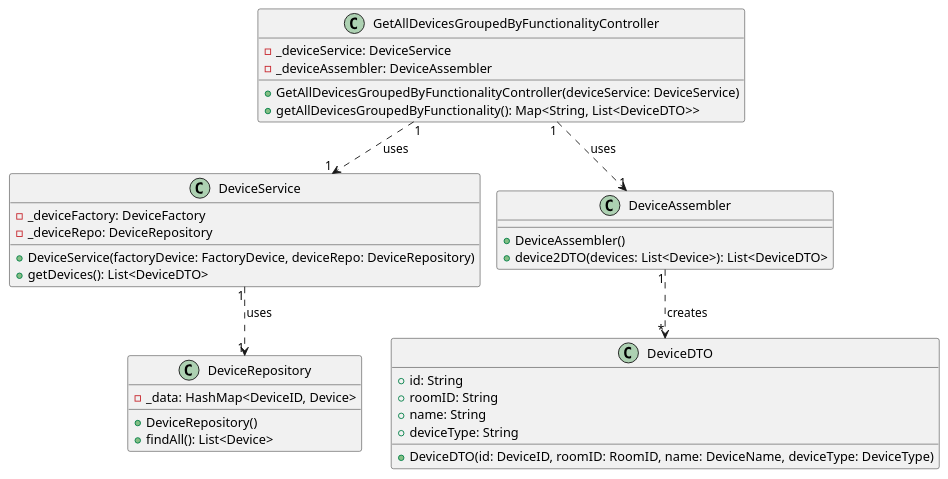
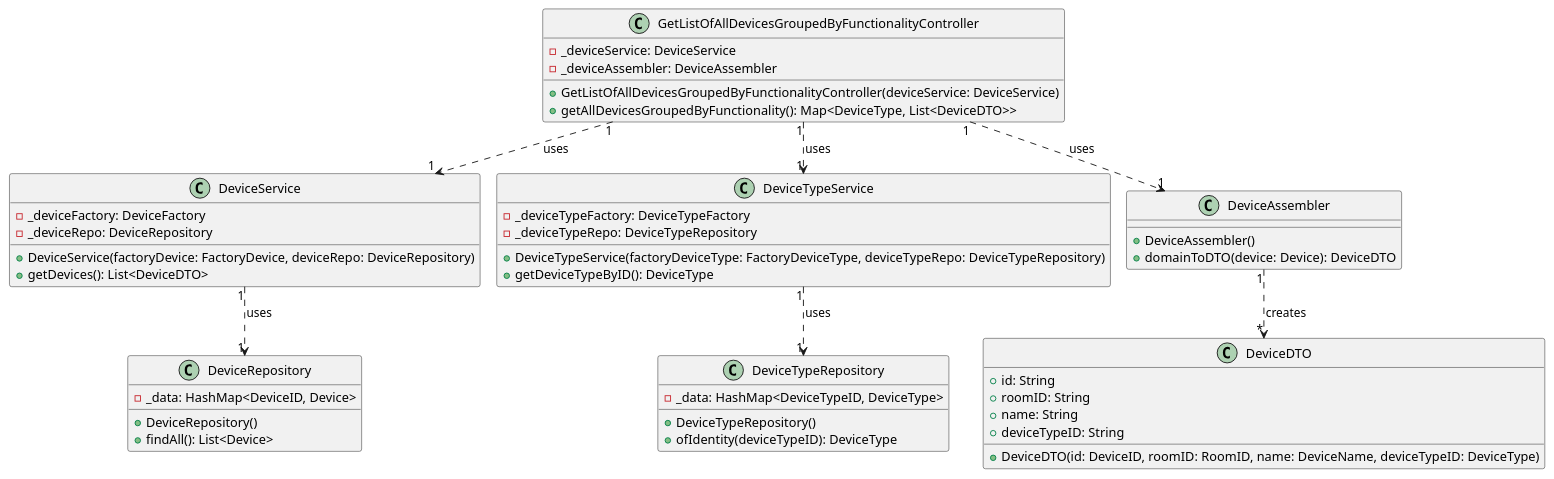
Before and after one commit to olivDiogo/SmartHome: the diagram in docs/userStories/us09/artifacts/US09CD.puml, drawn with PlantUML.

Commit message:
#252 docs: edited Class Diagram for US09

```diff
--- a/docs/userStories/us09/artifacts/US09CD.puml
+++ b/docs/userStories/us09/artifacts/US09CD.puml
@@ -1,44 +1,59 @@
 @startuml
 'https://plantuml.com/class-diagram
 !pragma layout smetana
 
-class GetAllDevicesGroupedByFunctionalityController {
+class GetListOfAllDevicesGroupedByFunctionalityController {
     -_deviceService: DeviceService
     -_deviceAssembler: DeviceAssembler
 
-    +GetAllDevicesGroupedByFunctionalityController(deviceService: DeviceService)
-    +getAllDevicesGroupedByFunctionality(): Map<String, List<DeviceDTO>>
+    +GetListOfAllDevicesGroupedByFunctionalityController(deviceService: DeviceService)
+    +getAllDevicesGroupedByFunctionality(): Map<DeviceType, List<DeviceDTO>>
 
 }
 
 class DeviceService {
     -_deviceFactory: DeviceFactory
     -_deviceRepo: DeviceRepository
     +DeviceService(factoryDevice: FactoryDevice, deviceRepo: DeviceRepository)
     +getDevices(): List<DeviceDTO>
 }
 
+class DeviceTypeService {
+    -_deviceTypeFactory: DeviceTypeFactory
+    -_deviceTypeRepo: DeviceTypeRepository
+    +DeviceTypeService(factoryDeviceType: FactoryDeviceType, deviceTypeRepo: DeviceTypeRepository)
+    +getDeviceTypeByID(): DeviceType
+}
+
 class DeviceRepository {
     -_data: HashMap<DeviceID, Device>
     +DeviceRepository()
     +findAll(): List<Device>
 }
 
+class DeviceTypeRepository {
+    -_data: HashMap<DeviceTypeID, DeviceType>
+    +DeviceTypeRepository()
+    +ofIdentity(deviceTypeID): DeviceType
+}
+
 class DeviceAssembler {
     +DeviceAssembler()
-    +device2DTO(devices: List<Device>): List<DeviceDTO>
+    +domainToDTO(device: Device): DeviceDTO
 }
 
 class DeviceDTO {
     +id: String
     +roomID: String
     +name: String
-    +deviceType: String
-    +DeviceDTO(id: DeviceID, roomID: RoomID, name: DeviceName, deviceType: DeviceType)
+    +deviceTypeID: String
+    +DeviceDTO(id: DeviceID, roomID: RoomID, name: DeviceName, deviceTypeID: DeviceType)
 }
 
-GetAllDevicesGroupedByFunctionalityController "1" ..> "1" DeviceService: uses
+GetListOfAllDevicesGroupedByFunctionalityController "1" ..> "1" DeviceService: uses
+GetListOfAllDevicesGroupedByFunctionalityController "1" ..> "1" DeviceTypeService: uses
 DeviceService "1" ..> "1" DeviceRepository: uses
-GetAllDevicesGroupedByFunctionalityController "1" ..> "1" DeviceAssembler: uses
+DeviceTypeService "1" ..> "1" DeviceTypeRepository: uses
+GetListOfAllDevicesGroupedByFunctionalityController "1" ..> "1" DeviceAssembler: uses
 DeviceAssembler "1" ..> "*" DeviceDTO: creates
 @enduml
```
